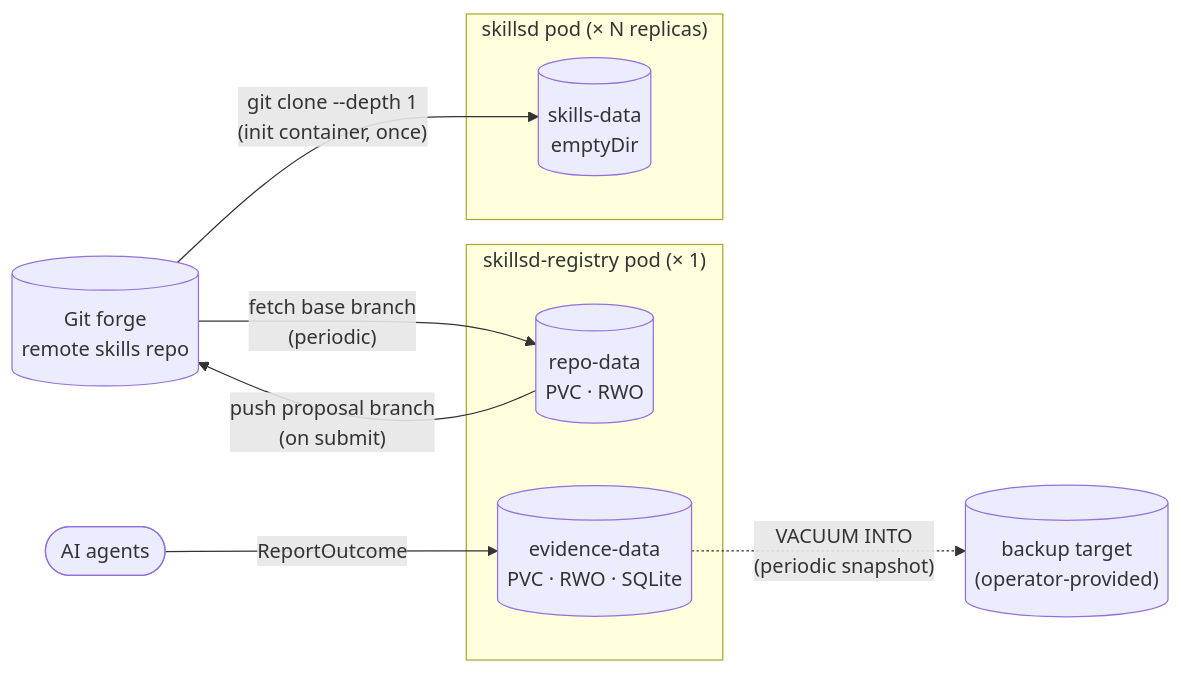
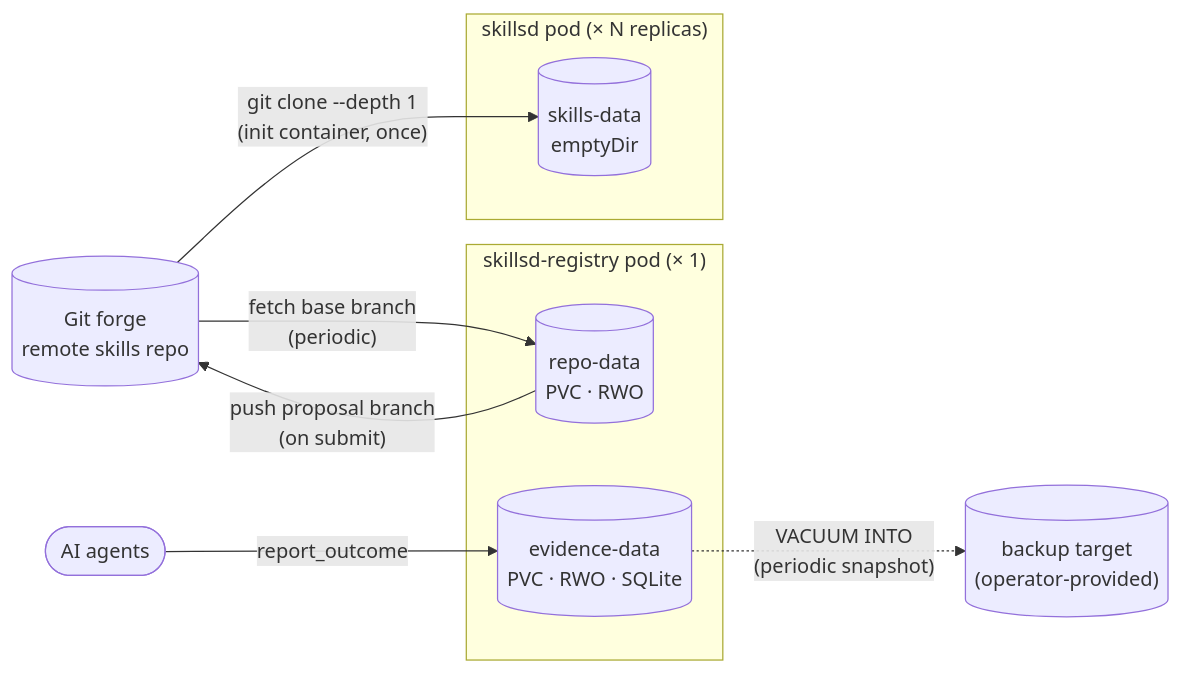
One commit to araghukas/skillset changed the diagram in docs/data-stores.md. Above: the diagram before and after it, drawn with Mermaid. The commit also changed other lines of this file and 4 other files, not shown here.

````diff
--- a/docs/data-stores.md
+++ b/docs/data-stores.md
@@ -7,19 +7,19 @@
 ```mermaid
 flowchart LR
   GH[("Git forge\nremote skills repo")]
 
   subgraph Pod1["skillsd pod (× N replicas)"]
     SV1[("skills-data\nemptyDir")]
   end
 
   subgraph RegPod["skillsd-registry pod (× 1)"]
     RV[("repo-data\nPVC · RWO")]
     EV[("evidence-data\nPVC · RWO · SQLite")]
   end
 
   GH -- "git clone --depth 1\n(init container, once)" --> SV1
   GH -- "fetch base branch\n(periodic)" --> RV
   RV -- "push proposal branch\n(on submit)" --> GH
-  Agents(["AI agents"]) -- "ReportOutcome" --> EV
+  Agents(["AI agents"]) -- "report_outcome" --> EV
   EV -. "VACUUM INTO\n(periodic snapshot)" .-> Backup[("backup target\n(operator-provided)")]
 ```
````
